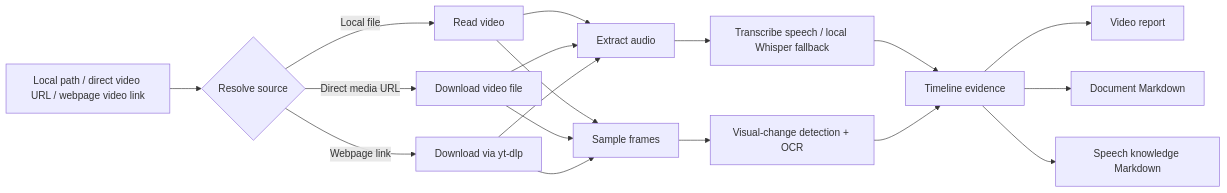
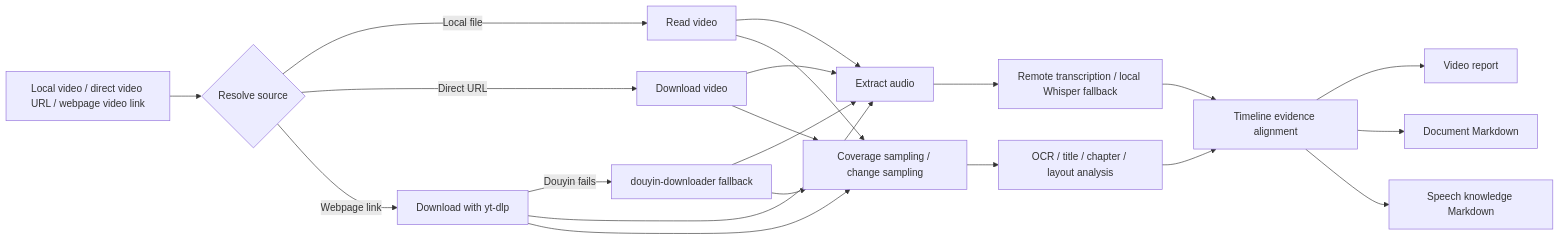
Before and after one commit to Dublin1231/Video-Understanding-Skill: the diagram in README.en.md, drawn with Mermaid. The commit also changed other lines of this file and 2 other files, not shown here.

Commit message:
Improve video sampling and note outputs

````diff
--- a/README.en.md
+++ b/README.en.md
@@ -113,20 +74,23 @@
 ```mermaid
 flowchart LR
-  A["Local path / direct video URL / webpage video link"] --> B{"Resolve source"}
+  A["Local video / direct video URL / webpage video link"] --> B{"Resolve source"}
   B -->|"Local file"| C["Read video"]
-  B -->|"Direct media URL"| D["Download video file"]
-  B -->|"Webpage link"| E["Download via yt-dlp"]
+  B -->|"Direct URL"| D["Download video"]
+  B -->|"Webpage link"| E["Download with yt-dlp"]
+  E -->|"Douyin fails"| E2["douyin-downloader fallback"]
   C --> F["Extract audio"]
   D --> F
   E --> F
-  C --> G["Sample frames"]
+  E2 --> F
+  C --> G["Coverage sampling / change sampling"]
   D --> G
   E --> G
-  F --> H["Transcribe speech / local Whisper fallback"]
-  G --> I["Visual-change detection + OCR"]
-  H --> J["Timeline evidence"]
+  E2 --> G
+  F --> H["Remote transcription / local Whisper fallback"]
+  G --> I["OCR / title / chapter / layout analysis"]
+  H --> J["Timeline evidence alignment"]
   I --> J
   J --> K["Video report"]
   J --> L["Document Markdown"]
   J --> M["Speech knowledge Markdown"]
 ```
````
